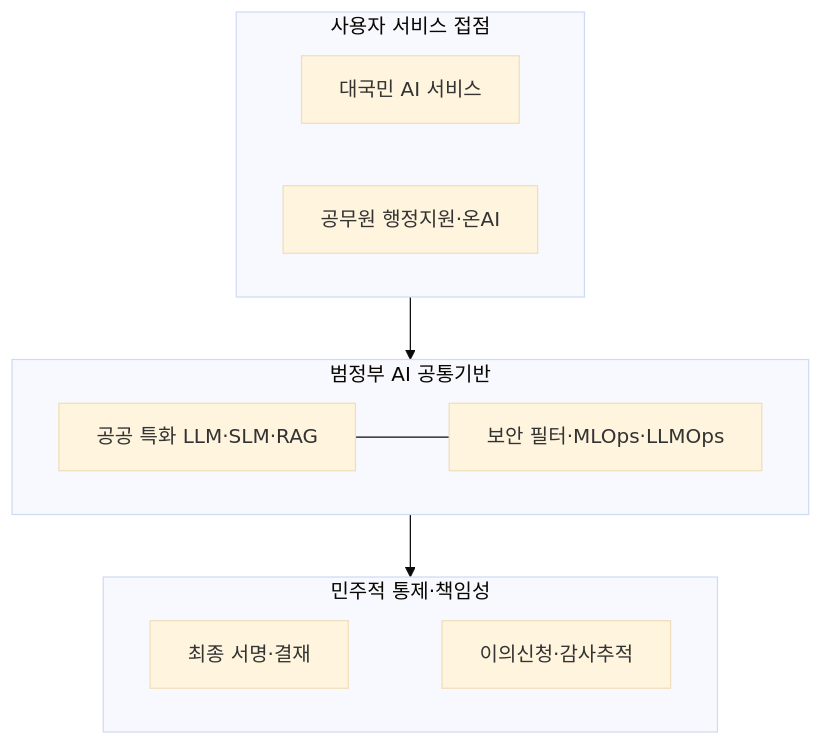
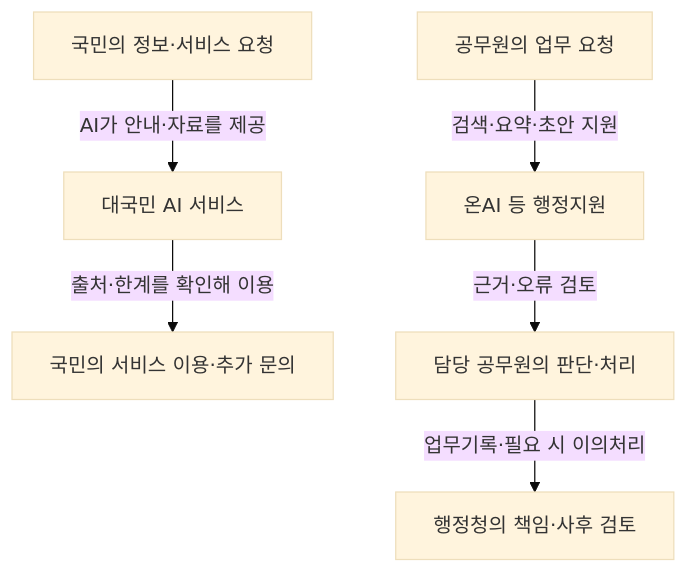
Before and after one commit to agnusdei1207/study: the second of 3 diagrams in src/content/docs/notes/itpe/01-it-strategy/052_ai_democratic_government_on_ai.md, drawn with Mermaid (base theme). The commit also changed other lines of this file and 3 other files, not shown here.

````diff
--- a/src/content/docs/notes/itpe/01-it-strategy/052_ai_democratic_government_on_ai.md
+++ b/src/content/docs/notes/itpe/01-it-strategy/052_ai_democratic_government_on_ai.md
@@ -108,20 +99,8 @@
 ```mermaid
 flowchart TD
-    subgraph USERS["사용자 서비스 접점"]
-        U1["대국민 AI 서비스"]
-        U2["공무원 행정지원·온AI"]
-    end
-
-    subgraph PLATFORM["범정부 AI 공통기반"]
-        P1["공공 특화 LLM·SLM·RAG"]
-        P2["보안 필터·MLOps·LLMOps"]
-        P1 --- P2
-    end
-
-    subgraph GOV["민주적 통제·책임성"]
-        G1["최종 서명·결재"] ~~~ G2["이의신청·감사추적"]
-    end
-
-    USERS --> PLATFORM
-    PLATFORM --> GOV
+    C1["국민의 정보·서비스 요청"] -->|"AI가 안내·자료를 제공"| C2["대국민 AI 서비스"]
+    C2 -->|"출처·한계를 확인해 이용"| C3["국민의 서비스 이용·추가 문의"]
+    O1["공무원의 업무 요청"] -->|"검색·요약·초안 지원"| O2["온AI 등 행정지원"]
+    O2 -->|"근거·오류 검토"| O3["담당 공무원의 판단·처리"]
+    O3 -->|"업무기록·필요 시 이의처리"| O4["행정청의 책임·사후 검토"]
 ```
````
